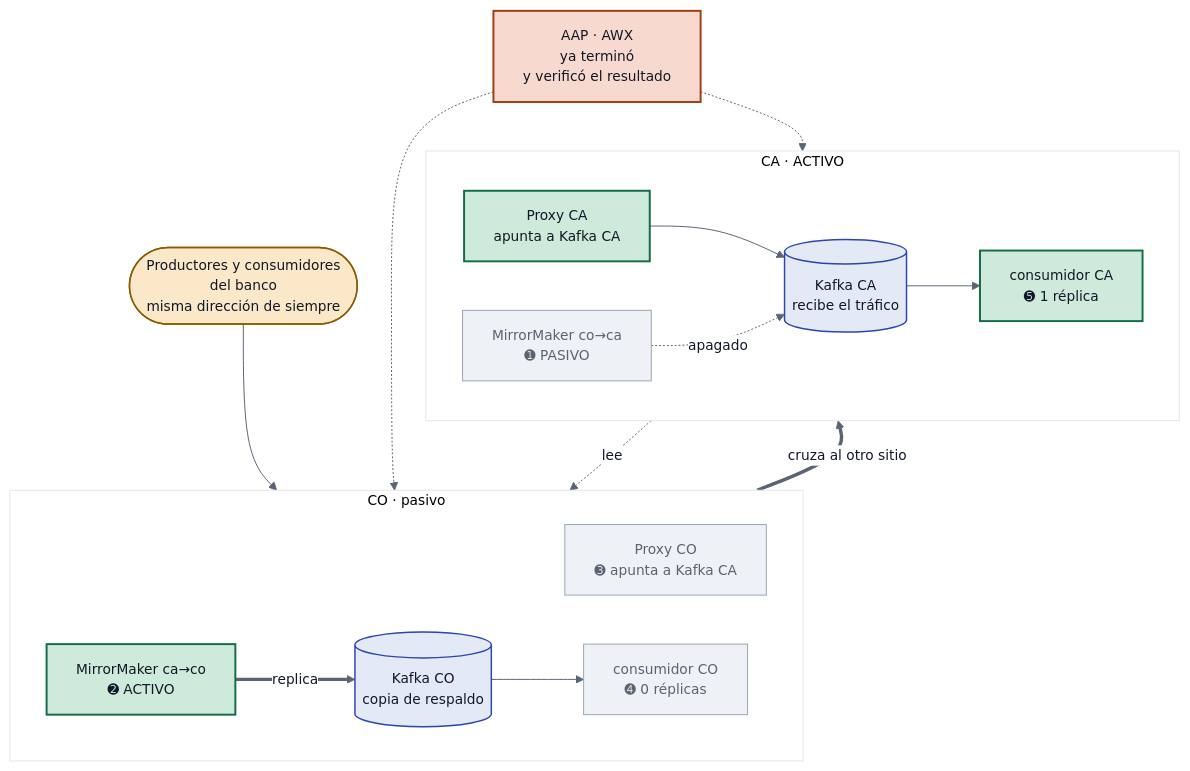
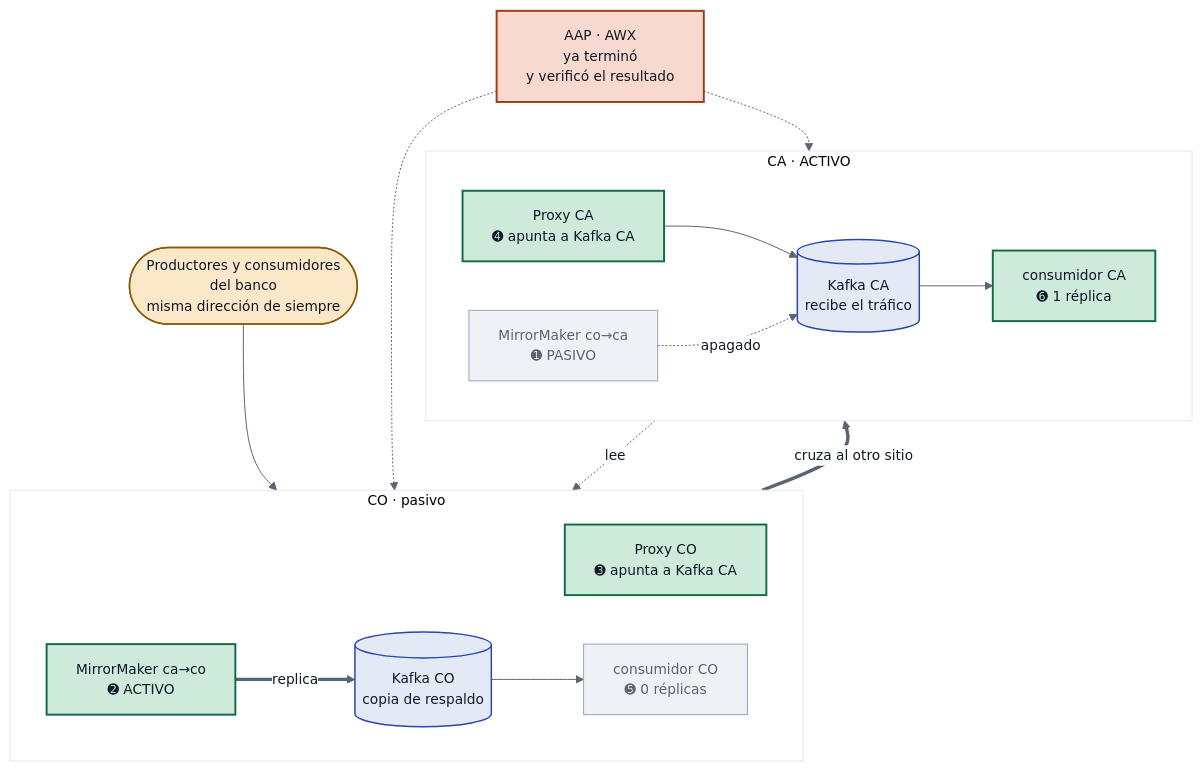
The second of 3 diagrams in README.md (Crittan01/aap-kafka-automation), drawn with Mermaid before and after one commit. The commit also changed other lines of this file and 2 other files, not shown here.

````diff
--- a/README.md
+++ b/README.md
@@ -108,46 +113,46 @@
 ```mermaid
 %%{init: {'theme':'base','themeVariables':{'primaryColor':'#eef2f7','primaryTextColor':'#111827','primaryBorderColor':'#5a6474','lineColor':'#5a6474','secondaryColor':'#e3eaf5','tertiaryColor':'#ffffff','background':'#ffffff','mainBkg':'#eef2f7','textColor':'#111827','edgeLabelBackground':'#ffffff','labelBackground':'#ffffff','labelBoxBkgColor':'#ffffff','labelTextColor':'#111827','fontSize':'14px'}}}%%
 flowchart TB
     CLI([Productores y consumidores<br/>del banco<br/>misma dirección de siempre])
 
     subgraph CO["CO · pasivo"]
         direction LR
         PCO["Proxy CO<br/>➌ apunta a Kafka CA"]
         KCO[("Kafka CO<br/>copia de respaldo")]
-        ACO["consumidor CO<br/>➍ 0 réplicas"]
+        ACO["consumidor CO<br/>➎ 0 réplicas"]
         MMA["MirrorMaker ca→co<br/>➋ ACTIVO"]
         KCO --> ACO
         MMA == "replica" ==> KCO
     end
 
     subgraph CA["CA · ACTIVO"]
         direction LR
-        PCA["Proxy CA<br/>apunta a Kafka CA"]
+        PCA["Proxy CA<br/>➍ apunta a Kafka CA"]
         KCA[("Kafka CA<br/>recibe el tráfico")]
-        ACA["consumidor CA<br/>➎ 1 réplica"]
+        ACA["consumidor CA<br/>➏ 1 réplica"]
         MMB["MirrorMaker co→ca<br/>➊ PASIVO"]
         PCA --> KCA
         KCA --> ACA
         MMB -. "apagado" .-> KCA
     end
 
     AAP["AAP · AWX<br/>ya terminó<br/>y verificó el resultado"]
 
     CLI --> PCO
     PCO == "cruza al otro sitio" ==> KCA
     KCA -. "lee" .-> MMA
     AAP -.-> CO
     AAP -.-> CA
 
     classDef activo   fill:#cdeadb,stroke:#136c46,color:#111827,stroke-width:2px
     classDef pasivo   fill:#eef2f7,stroke:#9aa4b0,color:#5a636e,stroke-width:1px
     classDef kafka    fill:#e3eaf5,stroke:#2b46ae,color:#111827,stroke-width:1.5px
     classDef externo  fill:#fae8c8,stroke:#8a5a00,color:#111827,stroke-width:1.5px
     classDef orquesta fill:#f7d9cf,stroke:#a13d12,color:#111827,stroke-width:2px
 
-    class PCA,KCA,ACA,MMA activo
-    class PCO,ACO,MMB pasivo
+    class PCO,PCA,KCA,ACA,MMA activo
+    class ACO,MMB pasivo
     class KCO,KCA kafka
     class CLI externo
     class AAP orquesta
 ```
````
